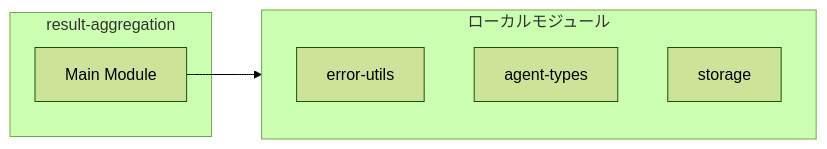
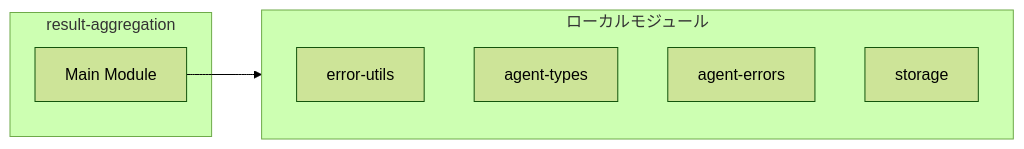
The first of 3 diagrams in ABDD/.pi/extensions/agent-teams/result-aggregation.md (Mekann2904/mekann), drawn with Mermaid (forest theme) before and after one commit. The commit also changed other lines of this file and 205 other files, not shown here.

````diff
--- a/ABDD/.pi/extensions/agent-teams/result-aggregation.md
+++ b/ABDD/.pi/extensions/agent-teams/result-aggregation.md
@@ -39,12 +39,13 @@
 ```mermaid
 flowchart LR
   subgraph this[result-aggregation]
     main[Main Module]
   end
   subgraph local[ローカルモジュール]
     error_utils["error-utils"]
     agent_types["agent-types"]
+    agent_errors["agent-errors"]
     storage["storage"]
   end
   main --> local
 ```
````
